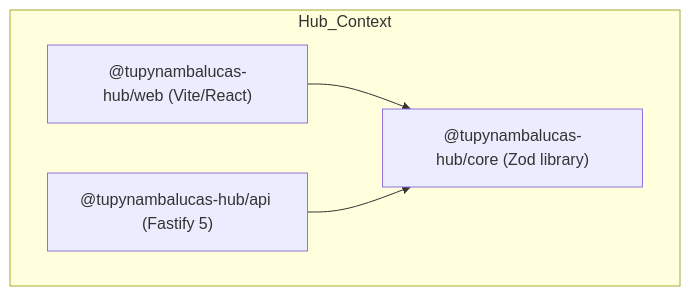
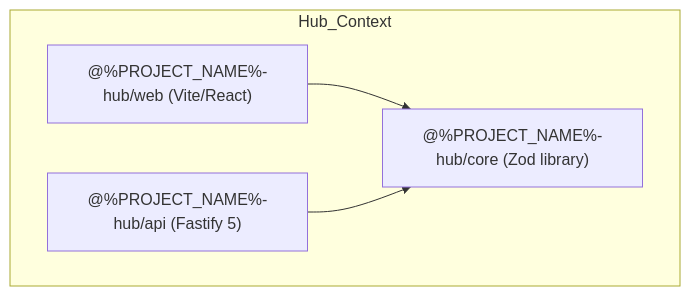
The diagram in hub/AGENTS.md (tupynambalucas/tupynambalucas), drawn with Mermaid before and after one commit. The commit also changed other lines of this file and 318 other files, not shown here.

````diff
--- a/hub/AGENTS.md
+++ b/hub/AGENTS.md
@@ -41,11 +43,11 @@
 ```mermaid
 graph TD
     direction TD
     subgraph Hub_Context
-        Web["@tupynambalucas-hub/web (Vite/React)"]
-        API["@tupynambalucas-hub/api (Fastify 5)"]
-        Core["@tupynambalucas-hub/core (Zod library)"]
+        Web["@%PROJECT_NAME%-hub/web (Vite/React)"]
+        API["@%PROJECT_NAME%-hub/api (Fastify 5)"]
+        Core["@%PROJECT_NAME%-hub/core (Zod library)"]
     end
     Web --> Core
     API --> Core
 ```
````
